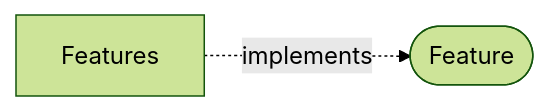
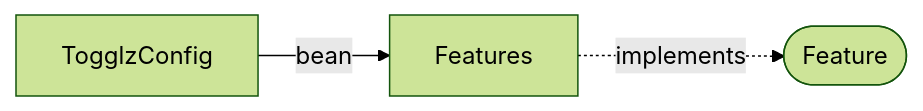
Before and after one commit to OleksandrKucherenko/if.sample: the first of 2 diagrams in doc/adr/0010-feature-toggle-integration.md, drawn with Mermaid (forest theme). The commit also changed other lines of this file and 21 other files, not shown here.

````diff
--- a/doc/adr/0010-feature-toggle-integration.md
+++ b/doc/adr/0010-feature-toggle-integration.md
@@ -40,5 +40,5 @@
   ```mermaid
   graph LR
-    Features -.->|implements| Feature([Feature])
+    TogglzConfig -->|bean| Features -.->|implements| Feature([Feature])
 
   ```
````
